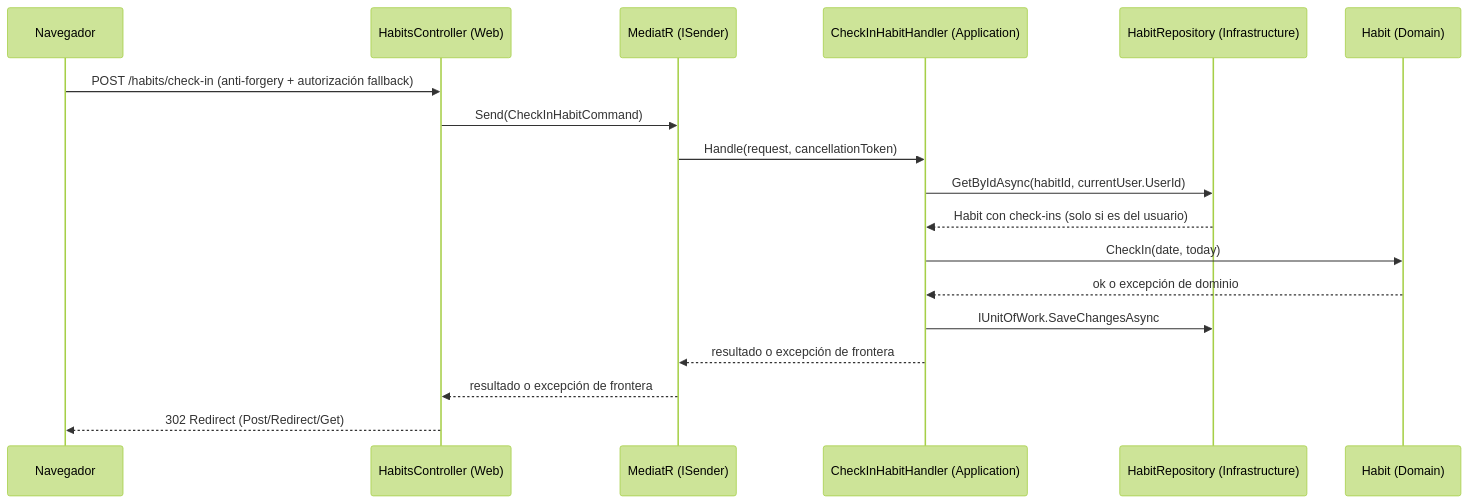
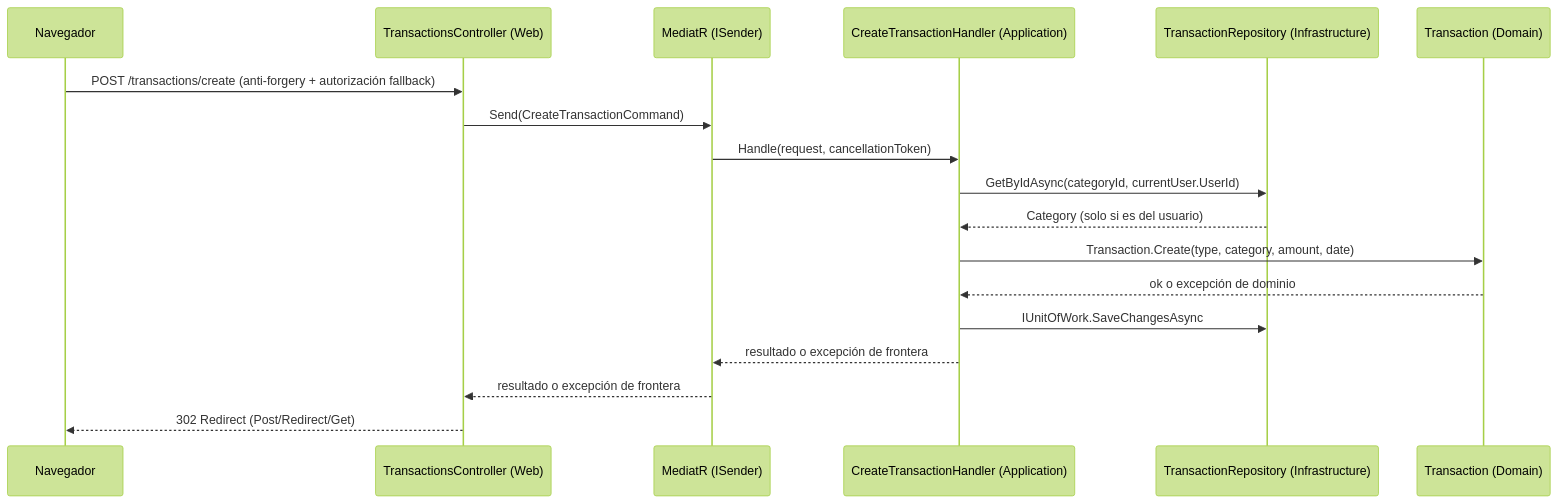
Before and after one commit to evertabor/LifeTrack: the second of 2 diagrams in docs/02-arquitectura.md, drawn with Mermaid (forest theme). The commit also changed other lines of this file and 20 other files, not shown here.

````diff
--- a/docs/02-arquitectura.md
+++ b/docs/02-arquitectura.md
@@ -58,20 +58,20 @@
 ```mermaid
 sequenceDiagram
     participant B as Navegador
-    participant C as HabitsController (Web)
+    participant C as TransactionsController (Web)
     participant M as MediatR (ISender)
-    participant H as CheckInHabitHandler (Application)
-    participant R as HabitRepository (Infrastructure)
-    participant D as Habit (Domain)
-    B->>C: POST /habits/check-in (anti-forgery + autorización fallback)
-    C->>M: Send(CheckInHabitCommand)
+    participant H as CreateTransactionHandler (Application)
+    participant R as TransactionRepository (Infrastructure)
+    participant D as Transaction (Domain)
+    B->>C: POST /transactions/create (anti-forgery + autorización fallback)
+    C->>M: Send(CreateTransactionCommand)
     M->>H: Handle(request, cancellationToken)
-    H->>R: GetByIdAsync(habitId, currentUser.UserId)
-    R-->>H: Habit con check-ins (solo si es del usuario)
-    H->>D: CheckIn(date, today)
+    H->>R: GetByIdAsync(categoryId, currentUser.UserId)
+    R-->>H: Category (solo si es del usuario)
+    H->>D: Transaction.Create(type, category, amount, date)
     D-->>H: ok o excepción de dominio
     H->>R: IUnitOfWork.SaveChangesAsync
     H-->>M: resultado o excepción de frontera
     M-->>C: resultado o excepción de frontera
     C-->>B: 302 Redirect (Post/Redirect/Get)
 ```
````
